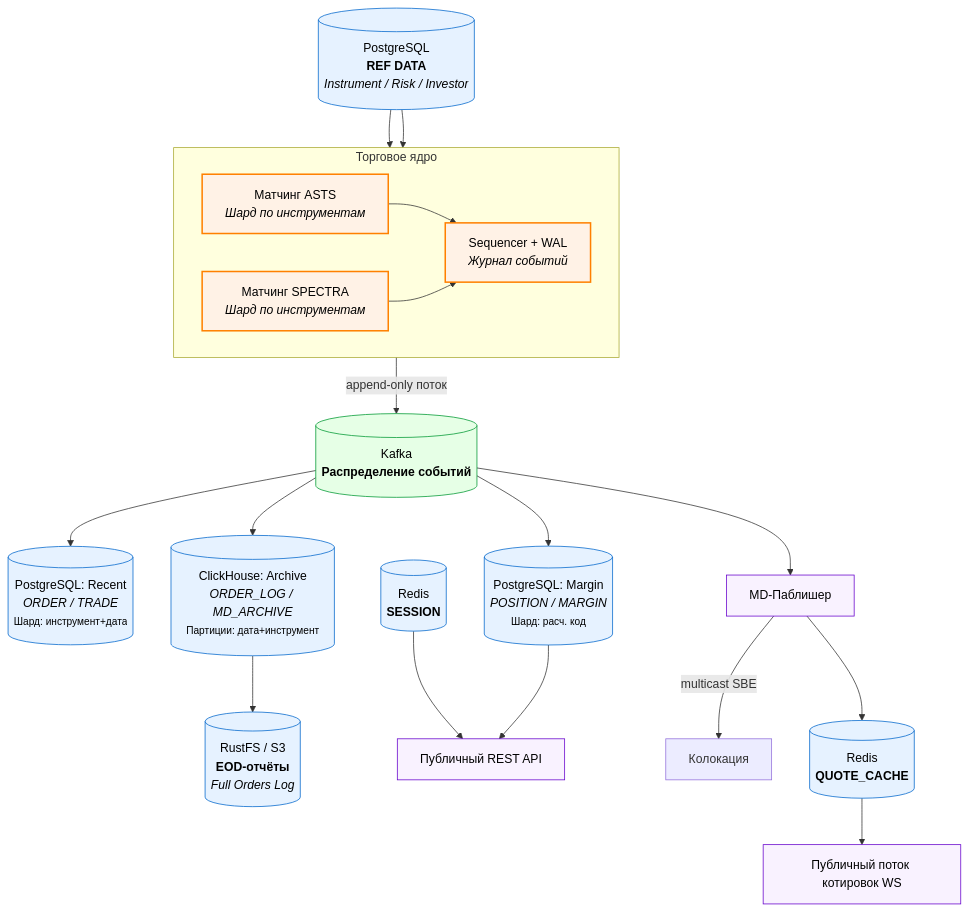
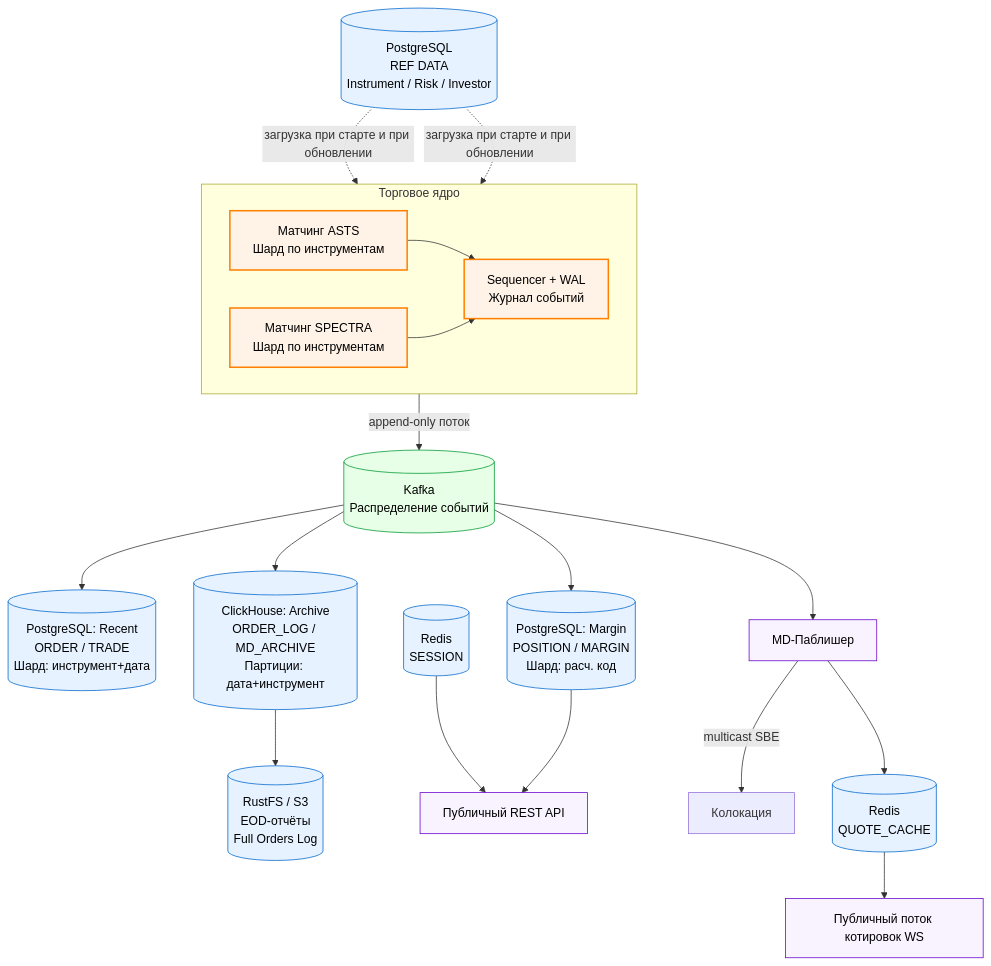
Before and after one commit to crimsonnclover/hse-highload: the fourth of 5 diagrams in README.md, drawn with Mermaid. The commit also changed other lines of this file, not shown here.

````diff
--- a/README.md
+++ b/README.md
@@ -539,38 +543,38 @@
 ```mermaid
 flowchart TD
     classDef core fill:#fff2e6,stroke:#ff8000,stroke-width:2px,color:#000;
     classDef db fill:#e6f2ff,stroke:#0066cc,stroke-width:1px,color:#000;
     classDef mq fill:#e6ffe6,stroke:#009933,stroke-width:1px,color:#000;
     classDef pub fill:#f9f2ff,stroke:#6600cc,stroke-width:1px,color:#000;
 
-    PGREF[(PostgreSQL<br/><b>REF DATA</b><br/><i>Instrument / Risk / Investor</i>)]:::db
+    PGREF[(PostgreSQL<br/>REF DATA<br/>Instrument / Risk / Investor)]:::db
 
     subgraph Core ["Торговое ядро"]
         direction LR
-        ME1["Матчинг ASTS<br/><i>Шард по инструментам</i>"]:::core
-        ME2["Матчинг SPECTRA<br/><i>Шард по инструментам</i>"]:::core
-        SEQ["Sequencer + WAL<br/><i>Журнал событий</i>"]:::core
+        ME1["Матчинг ASTS<br/>Шард по инструментам"]:::core
+        ME2["Матчинг SPECTRA<br/>Шард по инструментам"]:::core
+        SEQ["Sequencer + WAL<br/>Журнал событий"]:::core
         
         ME1 --> SEQ
         ME2 --> SEQ
     end
 
-    PGREF --> ME1
-    PGREF --> ME2
+    PGREF -.->|загрузка при старте и при обновлении| ME1
+    PGREF -.->|загрузка при старте и при обновлении| ME2
 
-    SEQ -->|append-only поток| KAFKA[(Kafka<br/><b>Распределение событий</b>)]:::mq
+    SEQ -->|append-only поток| KAFKA[(Kafka<br/>Распределение событий)]:::mq
 
-    KAFKA --> PGO[(PostgreSQL: Recent<br/><i>ORDER / TRADE</i><br/><small>Шард: инструмент+дата</small>)]:::db
-    KAFKA --> PGP[(PostgreSQL: Margin<br/><i>POSITION / MARGIN</i><br/><small>Шард: расч. код</small>)]:::db
-    KAFKA --> CH[(ClickHouse: Archive<br/><i>ORDER_LOG / MD_ARCHIVE</i><br/><small>Партиции: дата+инструмент</small>)]:::db
+    KAFKA --> PGO[(PostgreSQL: Recent<br/>ORDER / TRADE<br/>Шард: инструмент+дата)]:::db
+    KAFKA --> PGP[(PostgreSQL: Margin<br/>POSITION / MARGIN<br/>Шард: расч. код)]:::db
+    KAFKA --> CH[(ClickHouse: Archive<br/>ORDER_LOG / MD_ARCHIVE<br/>Партиции: дата+инструмент)]:::db
 
-    CH --> S3[(RustFS / S3<br/><b>EOD-отчёты</b><br/><i>Full Orders Log</i>)]:::db
+    CH --> S3[(RustFS / S3<br/>EOD-отчёты<br/>Full Orders Log)]:::db
 
     KAFKA --> MDP[MD-Паблишер]:::pub
-    RC2[(Redis<br/><b>SESSION</b>)]:::db --> APIPUB[Публичный REST API]:::pub
+    RC2[(Redis<br/>SESSION)]:::db --> APIPUB[Публичный REST API]:::pub
     PGP --> APIPUB
 
     MDP -->|multicast SBE| COLO[Колокация]
-    MDP --> RC[(Redis<br/><b>QUOTE_CACHE</b>)]:::db
+    MDP --> RC[(Redis<br/>QUOTE_CACHE)]:::db
     RC --> WSG[Публичный поток котировок WS]:::pub
 ```
````
